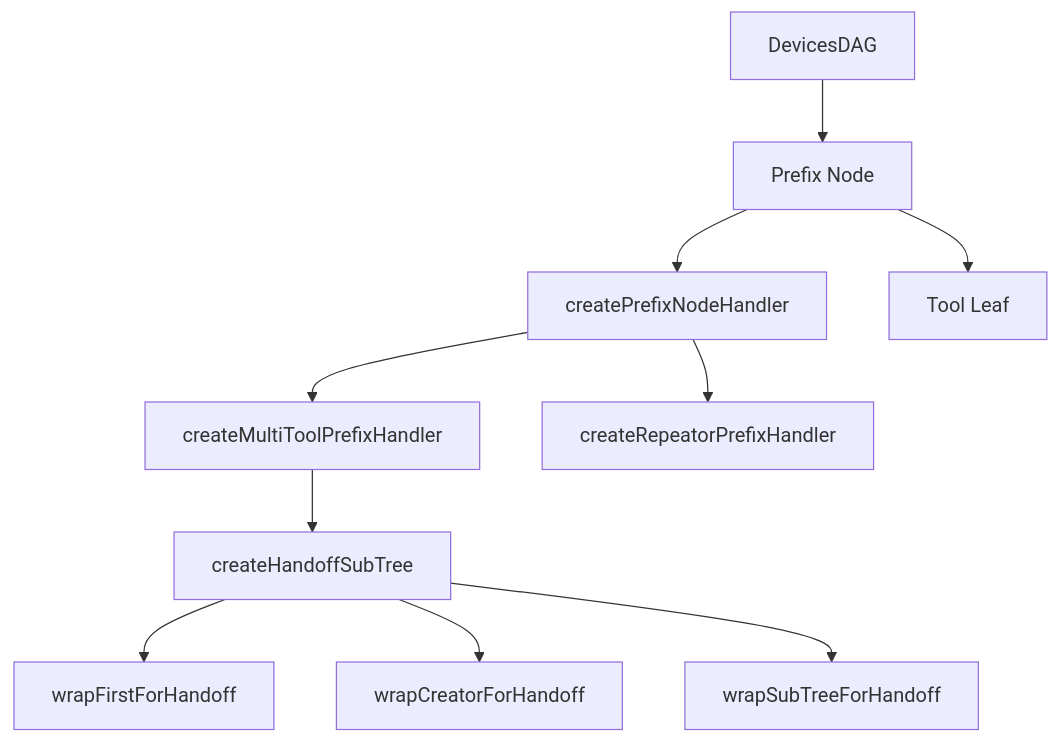
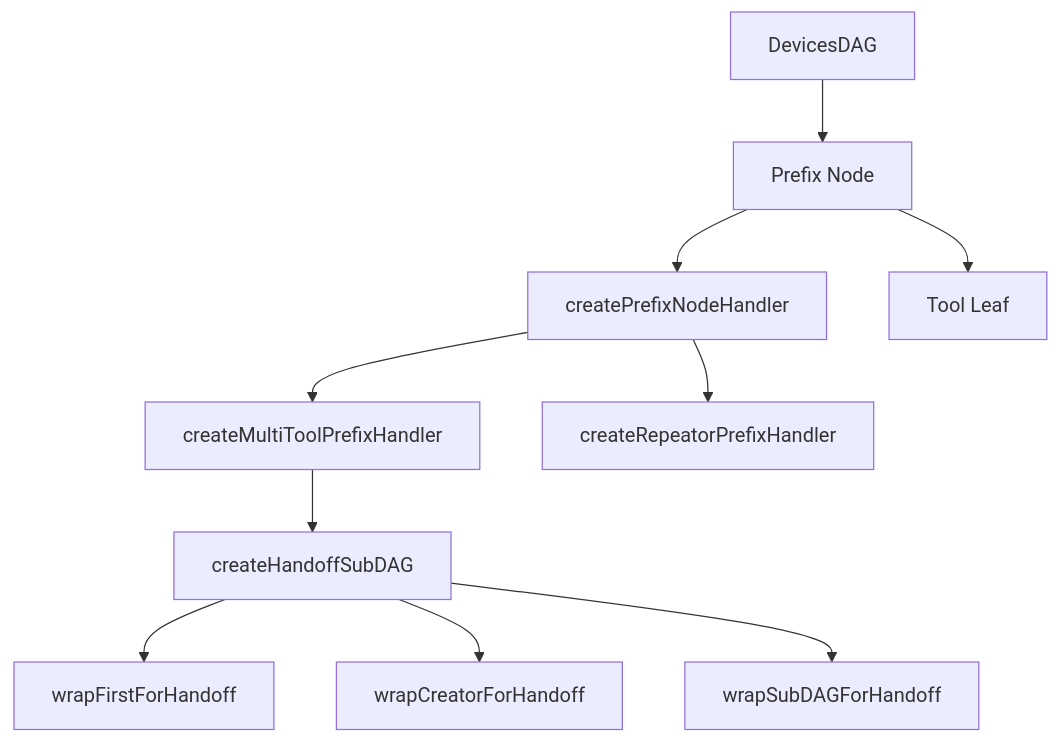
The first of 2 diagrams in src/core/prefixs/docs/prefix-document.md (Frank-Steven/HoundWhiteboard), drawn with Mermaid before and after one commit. The commit also changed other lines of this file and 21 other files, not shown here.

````diff
--- a/src/core/prefixs/docs/prefix-document.md
+++ b/src/core/prefixs/docs/prefix-document.md
@@ -55,12 +55,12 @@
 ```mermaid
 flowchart TD
     Tree[DevicesDAG] --> Prefix[Prefix Node]
     Prefix --> Base[createPrefixNodeHandler]
     Base --> Multi[createMultiToolPrefixHandler]
     Base --> Repeator[createRepeatorPrefixHandler]
-    Multi --> Handoff[createHandoffSubTree]
+    Multi --> Handoff[createHandoffSubDAG]
     Handoff --> WrapFirst[wrapFirstForHandoff]
     Handoff --> WrapCreator[wrapCreatorForHandoff]
-    Handoff --> WrapSub[wrapSubTreeForHandoff]
+    Handoff --> WrapSub[wrapSubDAGForHandoff]
     Prefix --> Tool[Tool Leaf]
 ```
````
